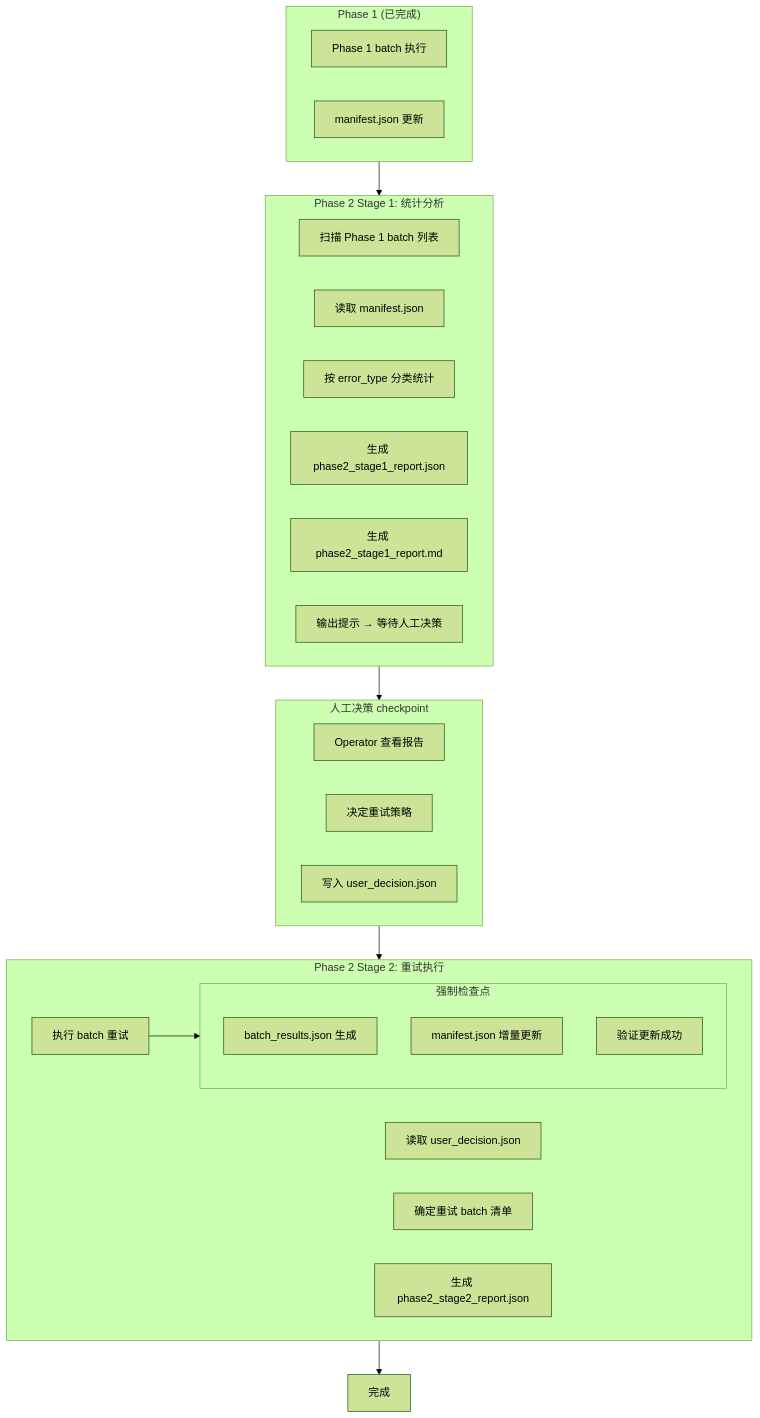
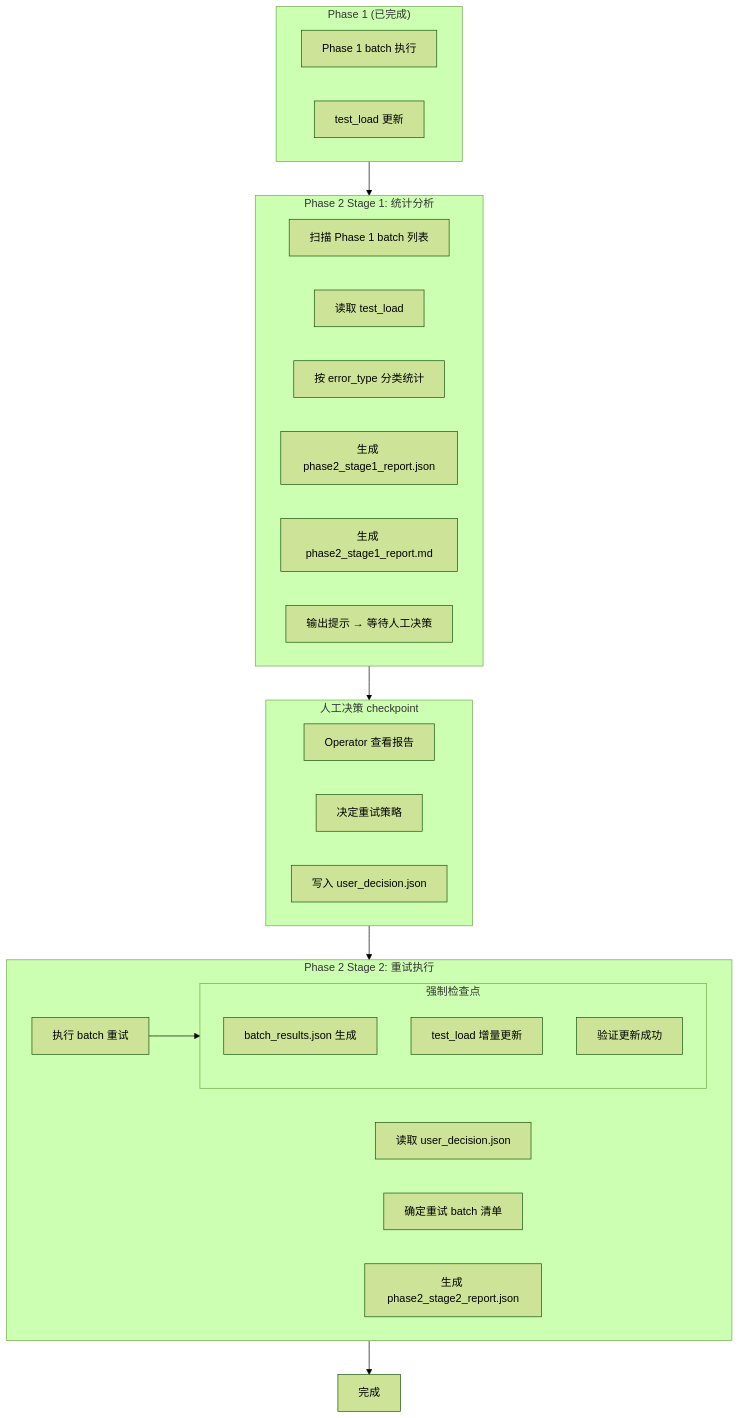
The diagram in skills/ut/shared/two-phase-handler/SKILL.md (peterlau123/apmm), drawn with Mermaid (forest theme) before and after one commit. The commit also changed other lines of this file and 26 other files, not shown here.

```diff
--- a/skills/ut/shared/two-phase-handler/SKILL.md
+++ b/skills/ut/shared/two-phase-handler/SKILL.md
@@ -162,7 +166,7 @@
 
         P1["Phase 1 batch 执行"]
 
-        P2["manifest.json 更新"]
+        P2["test_load 更新"]
 
     end
 
@@ -176,7 +180,7 @@
 
         S1_1["扫描 Phase 1 batch 列表"]
 
-        S1_2["读取 manifest.json"]
+        S1_2["读取 test_load"]
 
         S1_3["按 error_type 分类统计"]
 
@@ -224,7 +228,7 @@
 
             C1["batch_results.json 生成"]
 
-            C2["manifest.json 增量更新"]
+            C2["test_load 增量更新"]
 
             C3["验证更新成功"]
 
```
